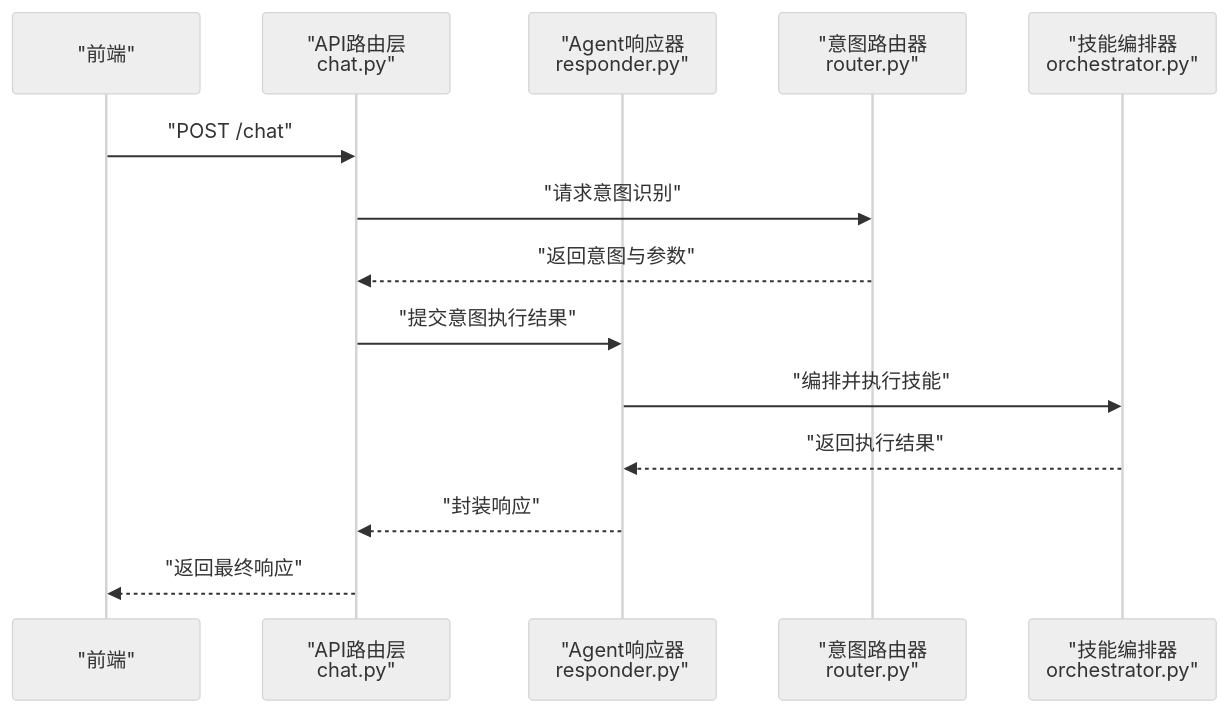
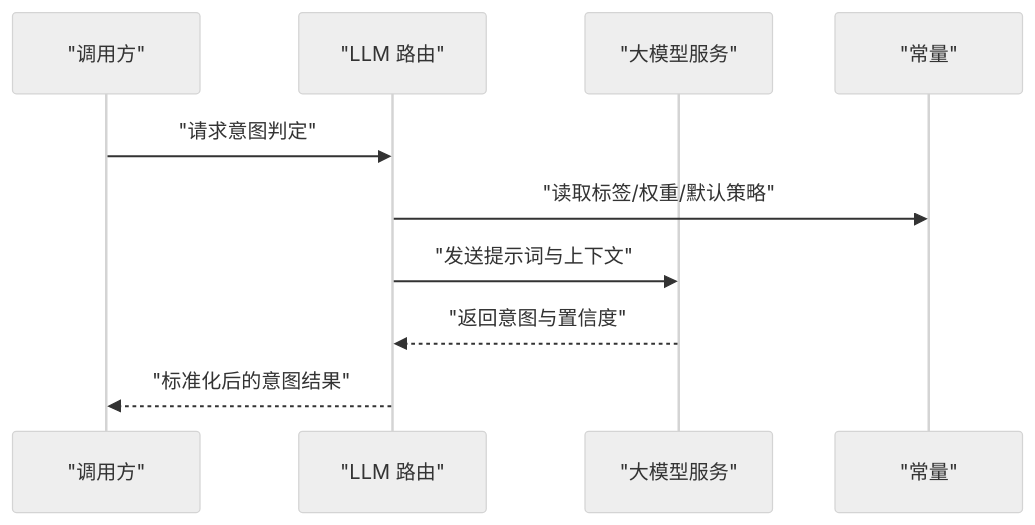
One commit to zmdhdu/NexusCockpit changed the sixth of 7 diagrams in .qoder/repowiki/zh/content/核心模块设计/AI Agent系统/意图识别与路由/意图常量定义.md. Above: the diagram before and after it, drawn with Mermaid (neutral theme). The commit also changed other lines of this file and 23 other files, not shown here.

````diff
--- a/.qoder/repowiki/zh/content/核心模块设计/AI Agent系统/意图识别与路由/意图常量定义.md
+++ b/.qoder/repowiki/zh/content/核心模块设计/AI Agent系统/意图识别与路由/意图常量定义.md
@@ -254,16 +230,12 @@
 ```mermaid
 sequenceDiagram
-participant FE as "前端"
-participant API as "API路由层<br/>chat.py"
-participant Resp as "Agent响应器<br/>responder.py"
-participant Int as "意图路由器<br/>router.py"
-participant Skill as "技能编排器<br/>orchestrator.py"
-FE->>API : "POST /chat"
-API->>Int : "请求意图识别"
-Int-->>API : "返回意图与参数"
-API->>Resp : "提交意图执行结果"
-Resp->>Skill : "编排并执行技能"
-Skill-->>Resp : "返回执行结果"
-Resp-->>API : "封装响应"
-API-->>FE : "返回最终响应"
+participant C as "调用方"
+participant LR as "LLM 路由"
+participant LLM as "大模型服务"
+participant CT as "常量"
+C->>LR : "请求意图判定"
+LR->>CT : "读取标签/权重/默认策略"
+LR->>LLM : "发送提示词与上下文"
+LLM-->>LR : "返回意图与置信度"
+LR-->>C : "标准化后的意图结果"
 ```
````
